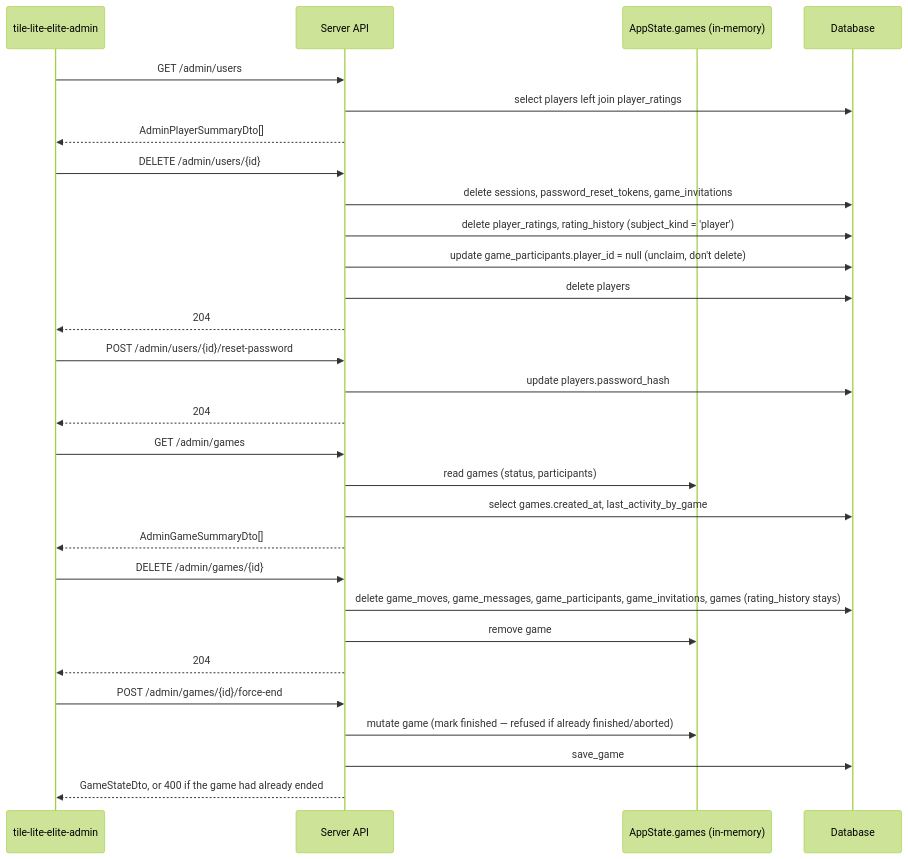
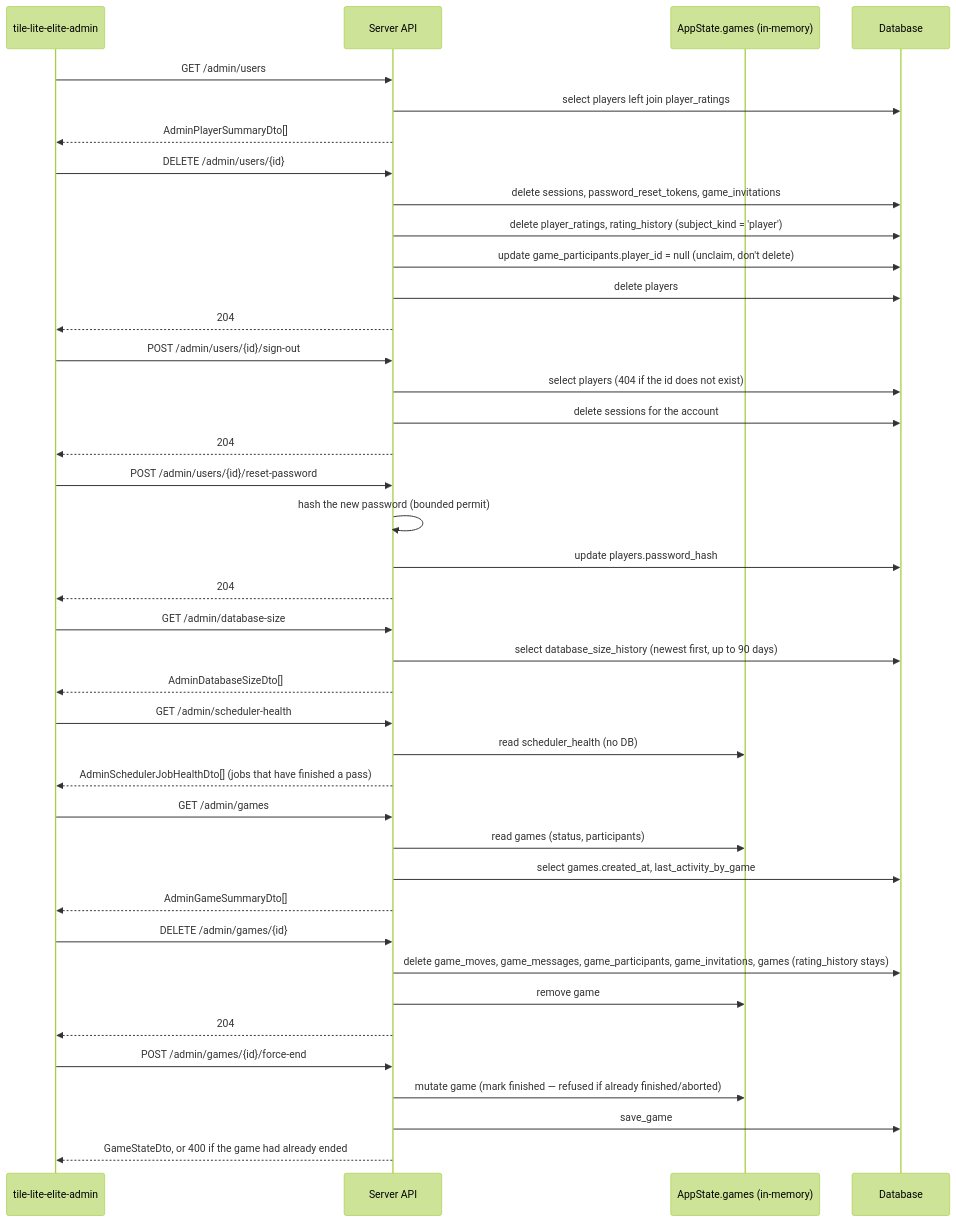
One commit to delphside/tile-lite-elite changed the ninth of 9 diagrams in docs/4.4.3-api-schema.md. Above: the diagram before and after it, drawn with Mermaid (forest theme). The commit also changed other lines of this file and 6 other files, not shown here.

First line of the commit message:
app 0.9.2 api 2.16: reference review, 4.4.3 corrected and re-stamped, and the first review round's fixes

````diff
--- a/docs/4.4.3-api-schema.md
+++ b/docs/4.4.3-api-schema.md
@@ -997,37 +1070,51 @@
 ```mermaid
 sequenceDiagram
     participant CLI as tile-lite-elite-admin
     participant API as Server API
     participant Mem as AppState.games (in-memory)
     participant DB as Database
 
     CLI->>API: GET /admin/users
     API->>DB: select players left join player_ratings
     API-->>CLI: AdminPlayerSummaryDto[]
 
     CLI->>API: DELETE /admin/users/{id}
     API->>DB: delete sessions, password_reset_tokens, game_invitations
     API->>DB: delete player_ratings, rating_history (subject_kind = 'player')
     API->>DB: update game_participants.player_id = null (unclaim, don't delete)
     API->>DB: delete players
     API-->>CLI: 204
 
+    CLI->>API: POST /admin/users/{id}/sign-out
+    API->>DB: select players (404 if the id does not exist)
+    API->>DB: delete sessions for the account
+    API-->>CLI: 204
+
     CLI->>API: POST /admin/users/{id}/reset-password
+    API->>API: hash the new password (bounded permit)
     API->>DB: update players.password_hash
     API-->>CLI: 204
+
+    CLI->>API: GET /admin/database-size
+    API->>DB: select database_size_history (newest first, up to 90 days)
+    API-->>CLI: AdminDatabaseSizeDto[]
+
+    CLI->>API: GET /admin/scheduler-health
+    API->>Mem: read scheduler_health (no DB)
+    API-->>CLI: AdminSchedulerJobHealthDto[] (jobs that have finished a pass)
 
     CLI->>API: GET /admin/games
     API->>Mem: read games (status, participants)
     API->>DB: select games.created_at, last_activity_by_game
     API-->>CLI: AdminGameSummaryDto[]
 
     CLI->>API: DELETE /admin/games/{id}
     API->>DB: delete game_moves, game_messages, game_participants, game_invitations, games (rating_history stays)
     API->>Mem: remove game
     API-->>CLI: 204
 
     CLI->>API: POST /admin/games/{id}/force-end
     API->>Mem: mutate game (mark finished — refused if already finished/aborted)
     API->>DB: save_game
     API-->>CLI: GameStateDto, or 400 if the game had already ended
 ```
````
